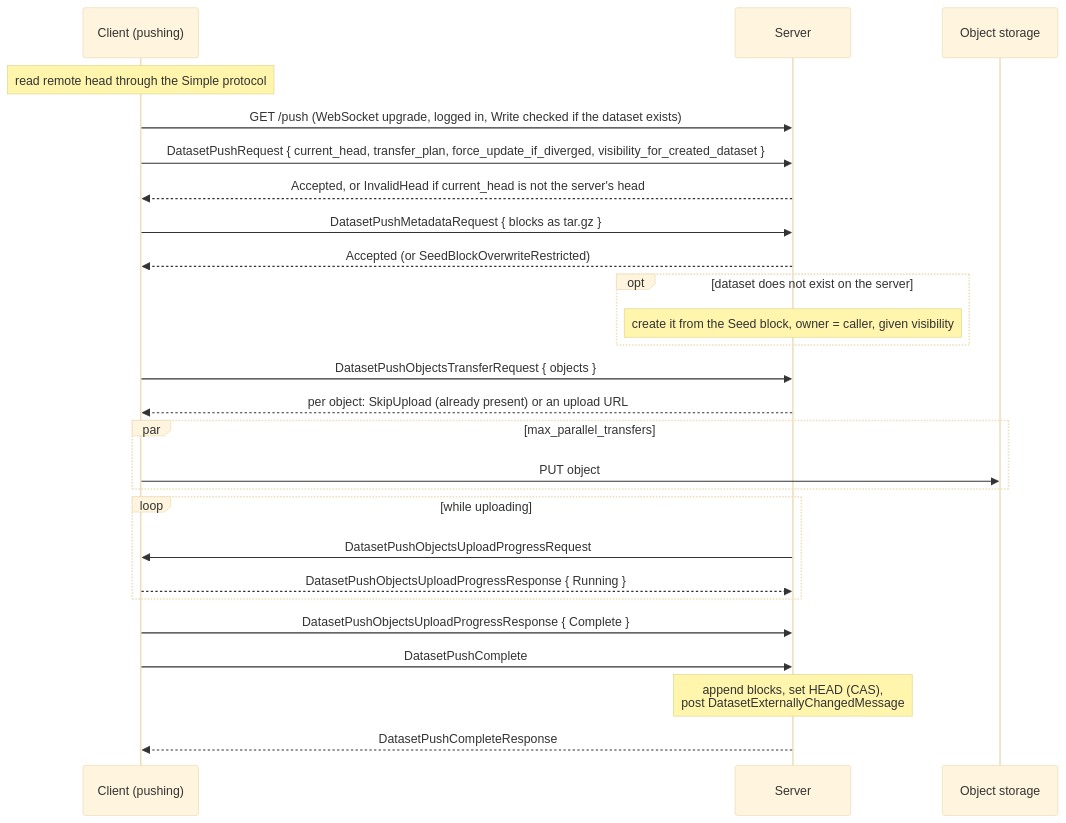
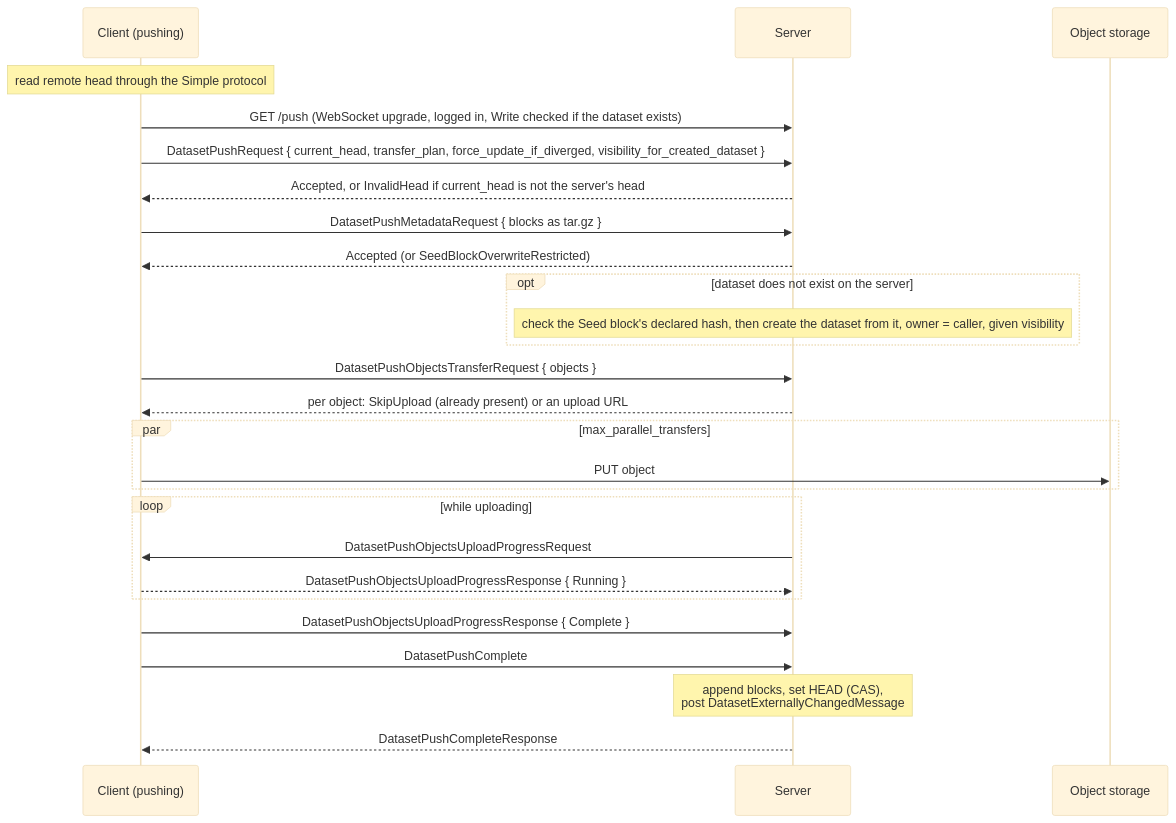
Before and after one commit to kamu-data/kamu-cli: the third of 3 diagrams in docs/internal/dataset-sync.md, drawn with Mermaid (base theme). The commit also changed other lines of this file and 46 other files, not shown here.

Commit message:
Node no longer signs with account keys, empty uploads report the auto-created source, Seed hash checked before push creates a dataset, in-memory dataset repos last-writer-wins like Postgres, shared ReBAC test harness

````diff
--- a/docs/internal/dataset-sync.md
+++ b/docs/internal/dataset-sync.md
@@ -331,28 +329,28 @@
 ```mermaid
 sequenceDiagram
     participant C as Client (pushing)
     participant S as Server
     participant O as Object storage
     Note over C: read remote head through the Simple protocol
     C->>S: GET /push (WebSocket upgrade, logged in, Write checked if the dataset exists)
     C->>S: DatasetPushRequest { current_head, transfer_plan, force_update_if_diverged, visibility_for_created_dataset }
     S-->>C: Accepted, or InvalidHead if current_head is not the server's head
     C->>S: DatasetPushMetadataRequest { blocks as tar.gz }
     S-->>C: Accepted (or SeedBlockOverwriteRestricted)
     opt dataset does not exist on the server
-        Note over S: create it from the Seed block, owner = caller, given visibility
+        Note over S: check the Seed block's declared hash, then create the dataset from it, owner = caller, given visibility
     end
     C->>S: DatasetPushObjectsTransferRequest { objects }
     S-->>C: per object: SkipUpload (already present) or an upload URL
     par max_parallel_transfers
         C->>O: PUT object
     end
     loop while uploading
         S->>C: DatasetPushObjectsUploadProgressRequest
         C-->>S: DatasetPushObjectsUploadProgressResponse { Running }
     end
     C->>S: DatasetPushObjectsUploadProgressResponse { Complete }
     C->>S: DatasetPushComplete
     Note over S: append blocks, set HEAD (CAS),<br/>post DatasetExternallyChangedMessage
     S-->>C: DatasetPushCompleteResponse
 ```
````
